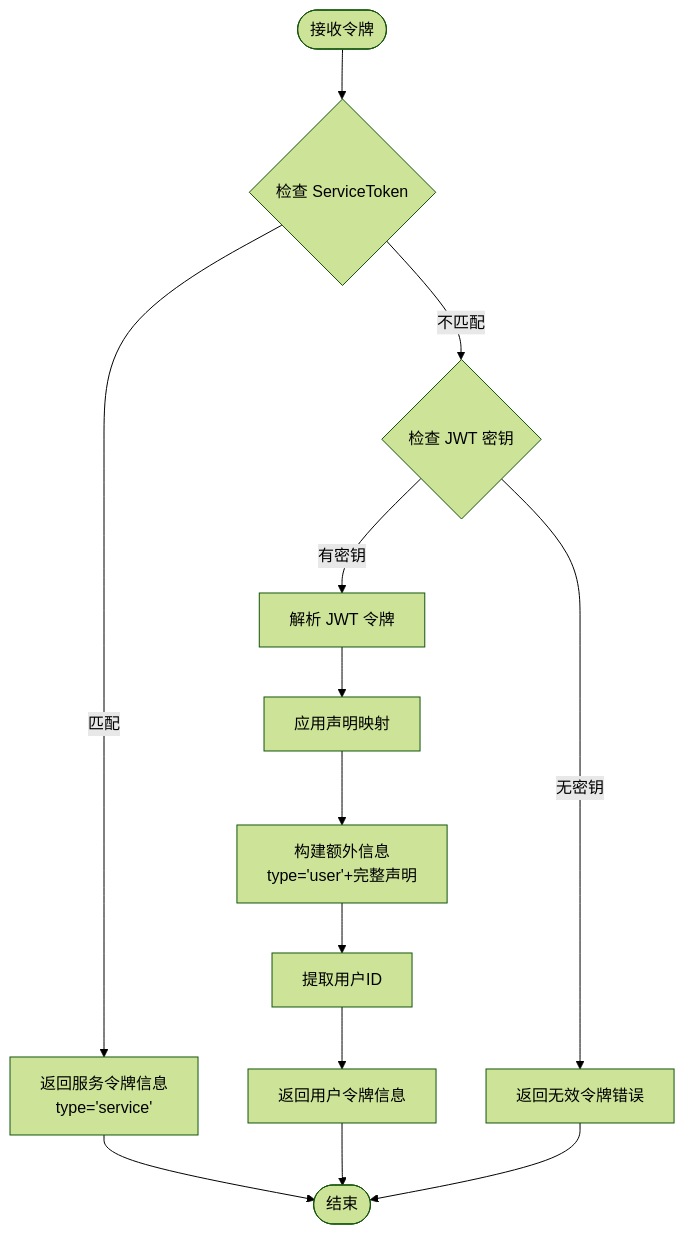
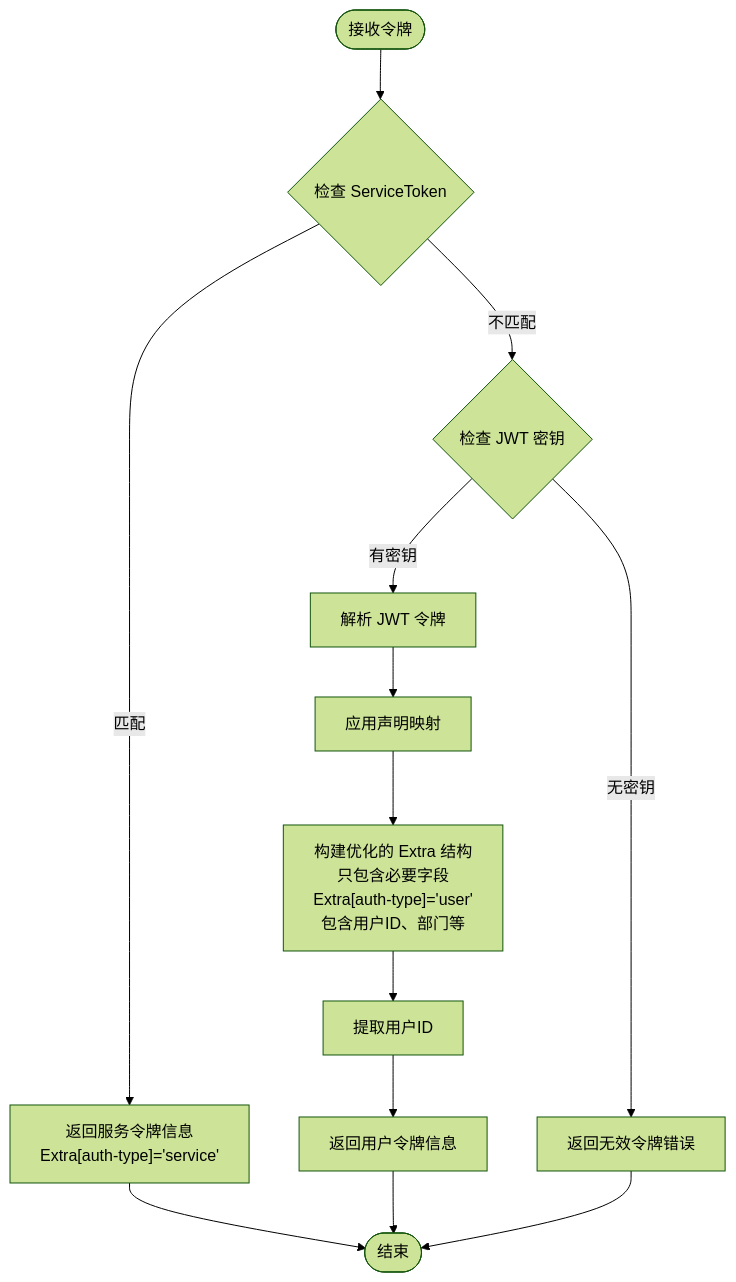
One commit to maomao94/zero-service changed the second of 6 diagrams in .qoder/repowiki/zh/content/Mcpx Authentication System.md. Above: the diagram before and after it, drawn with Mermaid (forest theme). The commit also changed other lines of this file and 7 other files, not shown here.

````diff
--- a/.qoder/repowiki/zh/content/Mcpx Authentication System.md
+++ b/.qoder/repowiki/zh/content/Mcpx Authentication System.md
@@ -110,15 +123,15 @@
 ```mermaid
 flowchart TD
 Start([接收令牌]) --> CheckService{"检查 ServiceToken"}
-CheckService --> |匹配| ServiceSuccess["返回服务令牌信息<br/>type='service'"]
+CheckService --> |匹配| ServiceSuccess["返回服务令牌信息<br/>Extra[auth-type]='service'"]
 CheckService --> |不匹配| CheckJWT{"检查 JWT 密钥"}
 CheckJWT --> |有密钥| ParseJWT["解析 JWT 令牌"]
 CheckJWT --> |无密钥| Fail["返回无效令牌错误"]
 ParseJWT --> MapClaims["应用声明映射"]
-MapClaims --> BuildExtra["构建额外信息<br/>type='user'+完整声明"]
+MapClaims --> BuildExtra["构建优化的 Extra 结构<br/>只包含必要字段<br/>Extra[auth-type]='user'<br/>包含用户ID、部门等"]
 BuildExtra --> ExtractUser["提取用户ID"]
 ExtractUser --> Success["返回用户令牌信息"]
 ServiceSuccess --> End([结束])
 Success --> End
 Fail --> End
 ```
````
